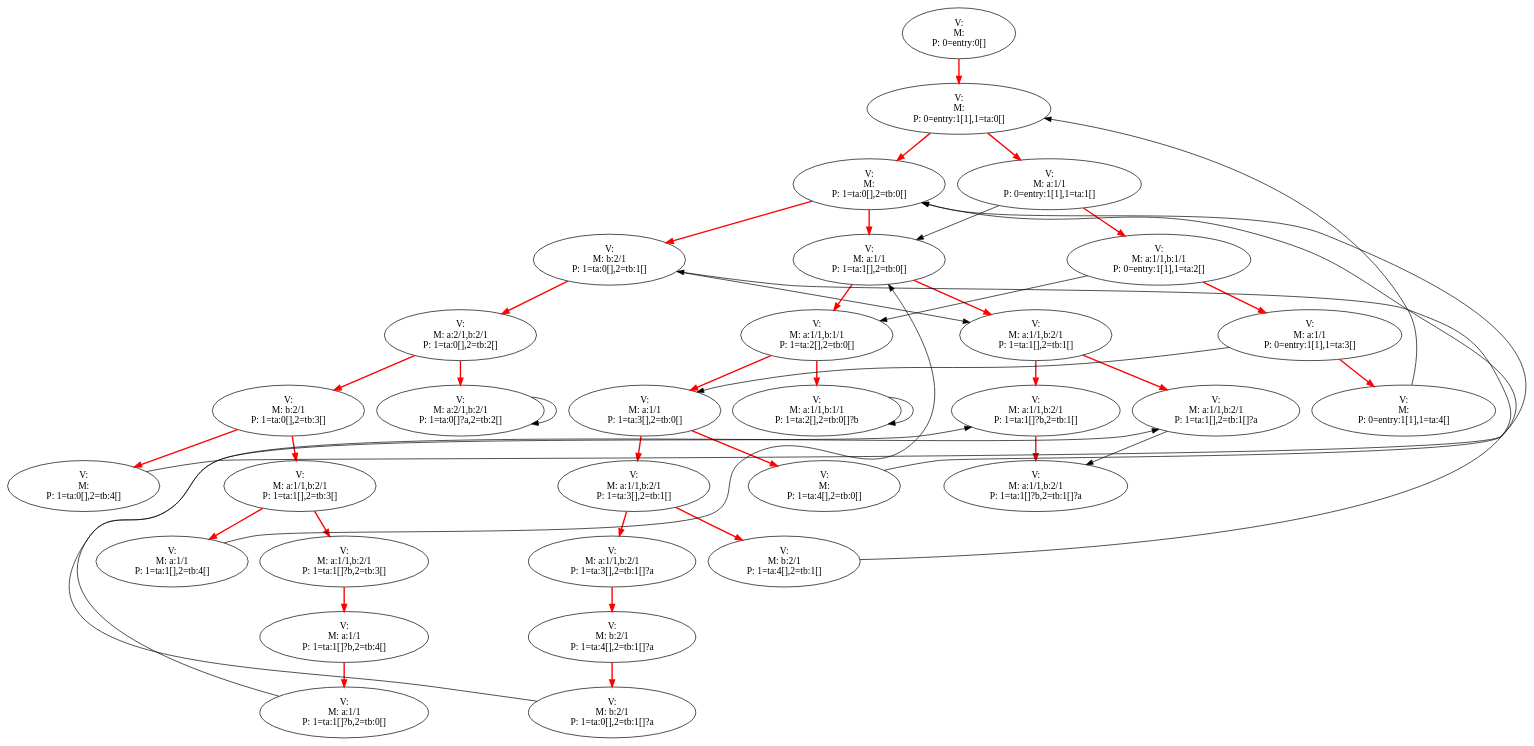
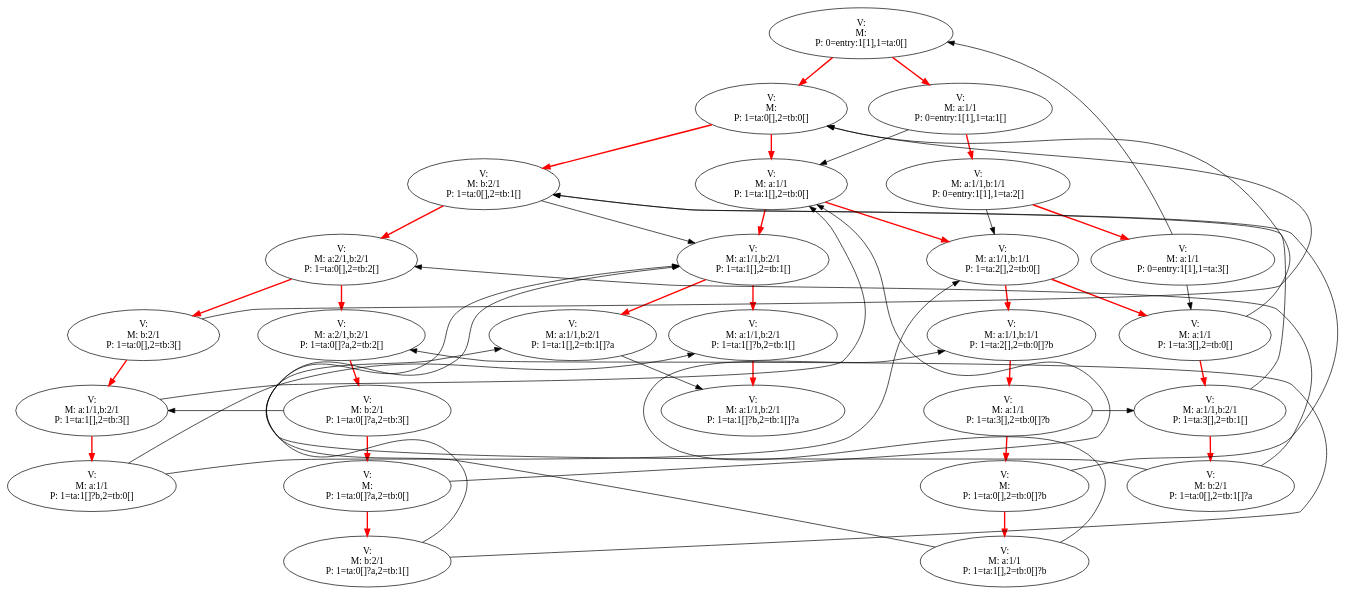
The diagram in deadlock.dot (jkff/minxmod), drawn with Graphviz before and after one commit. The commit also changed 6 other files, not shown here.

Commit message:
Collapsing linear sequences of states; fixed a bug in isLocal

```diff
--- a/deadlock.dot
+++ b/deadlock.dot
@@ -1,77 +1,77 @@
 digraph g {
-0 [label = "V: \nM: \nP: 0=entry:0[]"]
 1 [label = "V: \nM: \nP: 0=entry:1[1],1=ta:0[]"]
 2 [label = "V: \nM: a:1/1\nP: 0=entry:1[1],1=ta:1[]"]
 3 [label = "V: \nM: \nP: 1=ta:0[],2=tb:0[]"]
 4 [label = "V: \nM: b:2/1\nP: 1=ta:0[],2=tb:1[]"]
 5 [label = "V: \nM: a:1/1\nP: 1=ta:1[],2=tb:0[]"]
 6 [label = "V: \nM: a:1/1,b:1/1\nP: 0=entry:1[1],1=ta:2[]"]
 7 [label = "V: \nM: a:1/1,b:2/1\nP: 1=ta:1[],2=tb:1[]"]
 8 [label = "V: \nM: a:1/1,b:1/1\nP: 1=ta:2[],2=tb:0[]"]
 9 [label = "V: \nM: a:2/1,b:2/1\nP: 1=ta:0[],2=tb:2[]"]
 10 [label = "V: \nM: a:1/1\nP: 0=entry:1[1],1=ta:3[]"]
 11 [label = "V: \nM: a:1/1,b:1/1\nP: 1=ta:2[],2=tb:0[]?b"]
 12 [label = "V: \nM: a:1/1\nP: 1=ta:3[],2=tb:0[]"]
 13 [label = "V: \nM: a:1/1,b:2/1\nP: 1=ta:1[],2=tb:1[]?a"]
 14 [label = "V: \nM: a:1/1,b:2/1\nP: 1=ta:1[]?b,2=tb:1[]"]
 15 [label = "V: \nM: b:2/1\nP: 1=ta:0[],2=tb:3[]"]
 16 [label = "V: \nM: a:2/1,b:2/1\nP: 1=ta:0[]?a,2=tb:2[]"]
-17 [label = "V: \nM: \nP: 0=entry:1[1],1=ta:4[]"]
 18 [label = "V: \nM: a:1/1,b:2/1\nP: 1=ta:3[],2=tb:1[]"]
-19 [label = "V: \nM: \nP: 1=ta:4[],2=tb:0[]"]
-20 [label = "V: \nM: a:1/1,b:2/1\nP: 1=ta:1[]?b,2=tb:1[]?a"]
-21 [label = "V: \nM: \nP: 1=ta:0[],2=tb:4[]"]
-22 [label = "V: \nM: a:1/1,b:2/1\nP: 1=ta:1[],2=tb:3[]"]
-23 [label = "V: \nM: a:1/1,b:2/1\nP: 1=ta:3[],2=tb:1[]?a"]
-24 [label = "V: \nM: b:2/1\nP: 1=ta:4[],2=tb:1[]"]
-25 [label = "V: \nM: a:1/1\nP: 1=ta:1[],2=tb:4[]"]
-26 [label = "V: \nM: a:1/1,b:2/1\nP: 1=ta:1[]?b,2=tb:3[]"]
-27 [label = "V: \nM: b:2/1\nP: 1=ta:4[],2=tb:1[]?a"]
-28 [label = "V: \nM: a:1/1\nP: 1=ta:1[]?b,2=tb:4[]"]
-29 [label = "V: \nM: b:2/1\nP: 1=ta:0[],2=tb:1[]?a"]
-30 [label = "V: \nM: a:1/1\nP: 1=ta:1[]?b,2=tb:0[]"]
-0 -> 1 [style=bold, color=red, weight=10]
+20 [label = "V: \nM: a:1/1\nP: 1=ta:3[],2=tb:0[]?b"]
+21 [label = "V: \nM: a:1/1,b:2/1\nP: 1=ta:1[]?b,2=tb:1[]?a"]
+22 [label = "V: \nM: b:2/1\nP: 1=ta:0[]?a,2=tb:3[]"]
+24 [label = "V: \nM: a:1/1,b:2/1\nP: 1=ta:1[],2=tb:3[]"]
+32 [label = "V: \nM: \nP: 1=ta:0[],2=tb:0[]?b"]
+33 [label = "V: \nM: \nP: 1=ta:0[]?a,2=tb:0[]"]
+35 [label = "V: \nM: b:2/1\nP: 1=ta:0[],2=tb:1[]?a"]
+36 [label = "V: \nM: a:1/1\nP: 1=ta:1[],2=tb:0[]?b"]
+37 [label = "V: \nM: b:2/1\nP: 1=ta:0[]?a,2=tb:1[]"]
+38 [label = "V: \nM: a:1/1\nP: 1=ta:1[]?b,2=tb:0[]"]
 1 -> 3 [style=bold, color=red, weight=10]
 1 -> 2 [style=bold, color=red, weight=10]
 2 -> 5 [constraint=false]
 2 -> 6 [style=bold, color=red, weight=10]
 3 -> 5 [style=bold, color=red, weight=10]
 3 -> 4 [style=bold, color=red, weight=10]
 4 -> 7 [constraint=false]
 4 -> 9 [style=bold, color=red, weight=10]
 5 -> 8 [style=bold, color=red, weight=10]
 5 -> 7 [style=bold, color=red, weight=10]
 6 -> 8 [constraint=false]
 6 -> 10 [style=bold, color=red, weight=10]
 7 -> 14 [style=bold, color=red, weight=10]
 7 -> 13 [style=bold, color=red, weight=10]
 8 -> 12 [style=bold, color=red, weight=10]
 8 -> 11 [style=bold, color=red, weight=10]
 9 -> 16 [style=bold, color=red, weight=10]
 9 -> 15 [style=bold, color=red, weight=10]
 10 -> 12 [constraint=false]
-10 -> 17 [style=bold, color=red, weight=10]
-11 -> 11 [constraint=false]
-12 -> 19 [style=bold, color=red, weight=10]
+10 -> 1 [constraint=false]
+11 -> 20 [style=bold, color=red, weight=10]
+12 -> 3 [constraint=false]
 12 -> 18 [style=bold, color=red, weight=10]
-13 -> 20 [constraint=false]
-14 -> 20 [style=bold, color=red, weight=10]
-15 -> 22 [style=bold, color=red, weight=10]
-15 -> 21 [style=bold, color=red, weight=10]
-16 -> 16 [constraint=false]
-17 -> 1 [constraint=false]
-18 -> 24 [style=bold, color=red, weight=10]
-18 -> 23 [style=bold, color=red, weight=10]
-19 -> 3 [constraint=false]
-21 -> 3 [constraint=false]
-22 -> 26 [style=bold, color=red, weight=10]
-22 -> 25 [style=bold, color=red, weight=10]
-23 -> 27 [style=bold, color=red, weight=10]
-24 -> 4 [constraint=false]
-25 -> 5 [constraint=false]
-26 -> 28 [style=bold, color=red, weight=10]
-27 -> 29 [style=bold, color=red, weight=10]
-28 -> 30 [style=bold, color=red, weight=10]
-29 -> 13 [constraint=false]
-30 -> 14 [constraint=false]
+13 -> 21 [constraint=false]
+14 -> 21 [style=bold, color=red, weight=10]
+15 -> 24 [style=bold, color=red, weight=10]
+15 -> 3 [constraint=false]
+16 -> 22 [style=bold, color=red, weight=10]
+18 -> 4 [constraint=false]
+18 -> 35 [style=bold, color=red, weight=10]
+20 -> 32 [style=bold, color=red, weight=10]
+20 -> 18 [constraint=false]
+22 -> 24 [constraint=false]
+22 -> 33 [style=bold, color=red, weight=10]
+24 -> 38 [style=bold, color=red, weight=10]
+24 -> 5 [constraint=false]
+32 -> 36 [style=bold, color=red, weight=10]
+32 -> 4 [constraint=false]
+33 -> 5 [constraint=false]
+33 -> 37 [style=bold, color=red, weight=10]
+35 -> 13 [constraint=false]
+35 -> 9 [constraint=false]
+36 -> 11 [constraint=false]
+36 -> 7 [constraint=false]
+37 -> 7 [constraint=false]
+37 -> 16 [constraint=false]
+38 -> 8 [constraint=false]
+38 -> 14 [constraint=false]
 }
```
